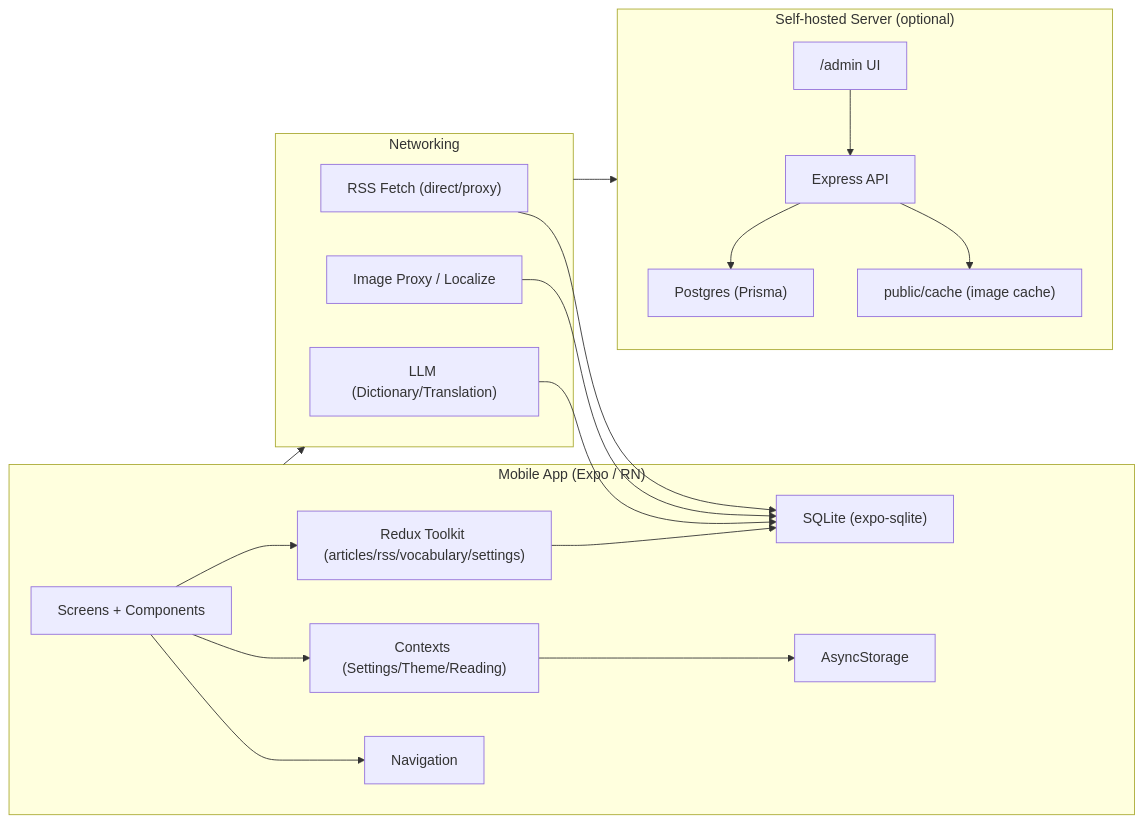
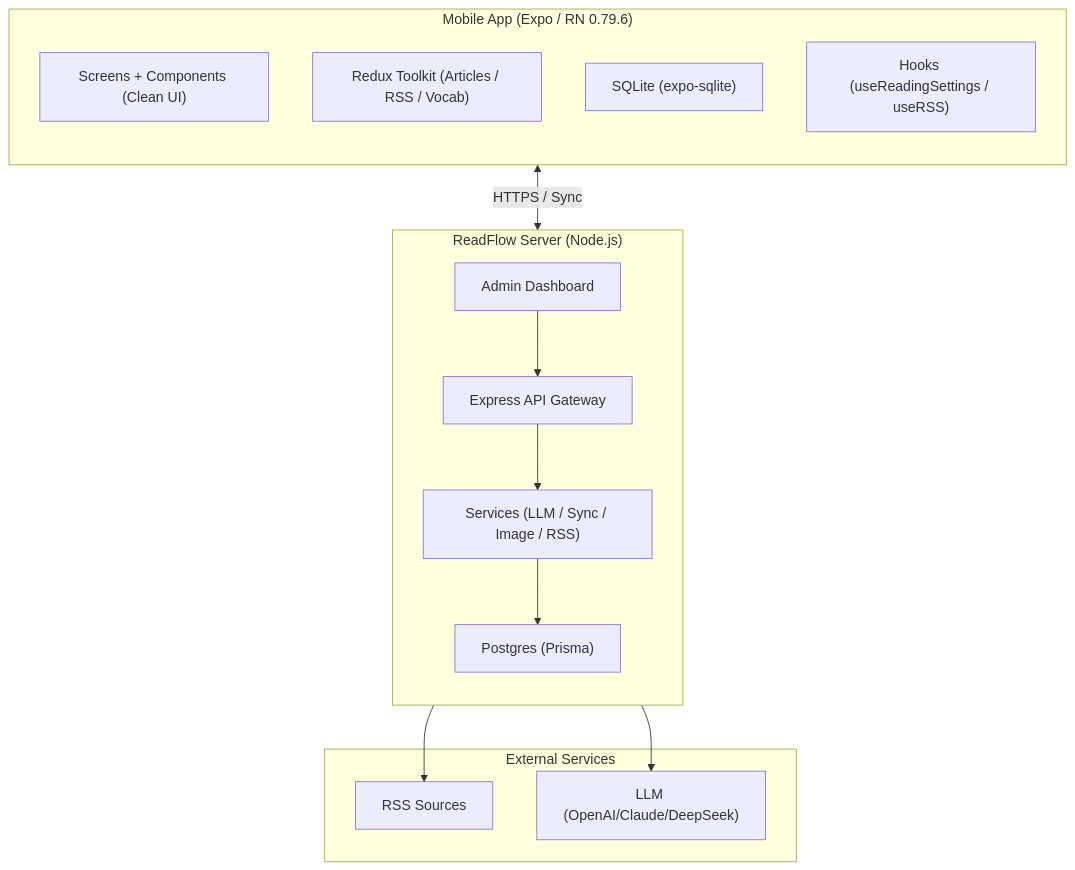
Before and after one commit to VirgoooooX/ReadFlow: the first of 3 diagrams in README.md, drawn with Mermaid. The commit also changed other lines of this file, not shown here.

````diff
--- a/README.md
+++ b/README.md
@@ -54,39 +49,30 @@
 ```mermaid
-flowchart LR
-  subgraph App["Mobile App (Expo / RN)"]
-    UI["Screens + Components"]
-    NAV["Navigation"]
-    CTX["Contexts (Settings/Theme/Reading)"]
-    RTK["Redux Toolkit (articles/rss/vocabulary/settings)"]
+flowchart TB
+  subgraph App["Mobile App (Expo / RN 0.79.6)"]
+    direction TB
+    UI["Screens + Components (Clean UI)"]
+    RTK["Redux Toolkit (Articles / RSS / Vocab)"]
     DB["SQLite (expo-sqlite)"]
-    AS["AsyncStorage"]
+    HOOKS["Hooks (useReadingSettings / useRSS)"]
   end
 
-  subgraph Net["Networking"]
-    RSS["RSS Fetch (direct/proxy)"]
-    IMG["Image Proxy / Localize"]
-    LLM["LLM (Dictionary/Translation)"]
+  subgraph Cloud["ReadFlow Server (Node.js)"]
+    direction TB
+    API["Express API Gateway"]
+    SRV["Services (LLM / Sync / Image / RSS)"]
+    PG["Postgres (Prisma)"]
+    ADMIN["Admin Dashboard"]
   end
 
-  subgraph Server["Self-hosted Server (optional)"]
-    API["Express API"]
-    ADMIN["/admin UI"]
-    PG["Postgres (Prisma)"]
-    CACHE["public/cache (image cache)"]
+  subgraph External["External Services"]
+    RSS["RSS Sources"]
+    LLM_API["LLM (OpenAI/Claude/DeepSeek)"]
   end
 
-  UI --> NAV
-  UI --> CTX
-  UI --> RTK
-  RTK --> DB
-  CTX --> AS
-  RSS --> DB
-  IMG --> DB
-  LLM --> DB
-
-  App --> Net
-  Net --> Server
-  API --> PG
-  API --> CACHE
+  App <-->|HTTPS / Sync| API
+  API --> SRV
+  SRV --> PG
   ADMIN --> API
+  SRV --> RSS
+  SRV --> LLM_API
 ```
````
